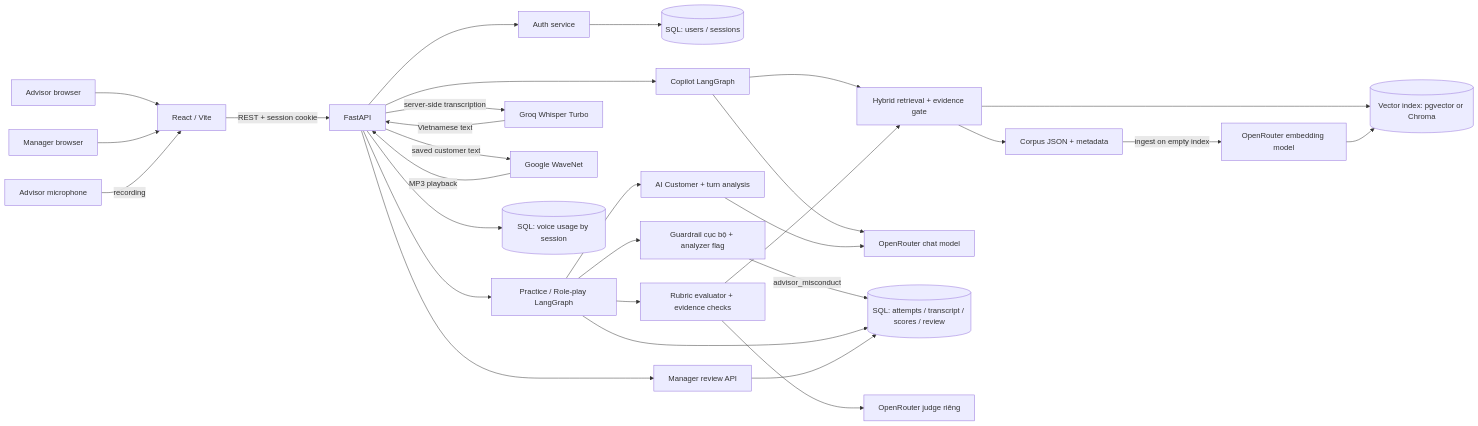
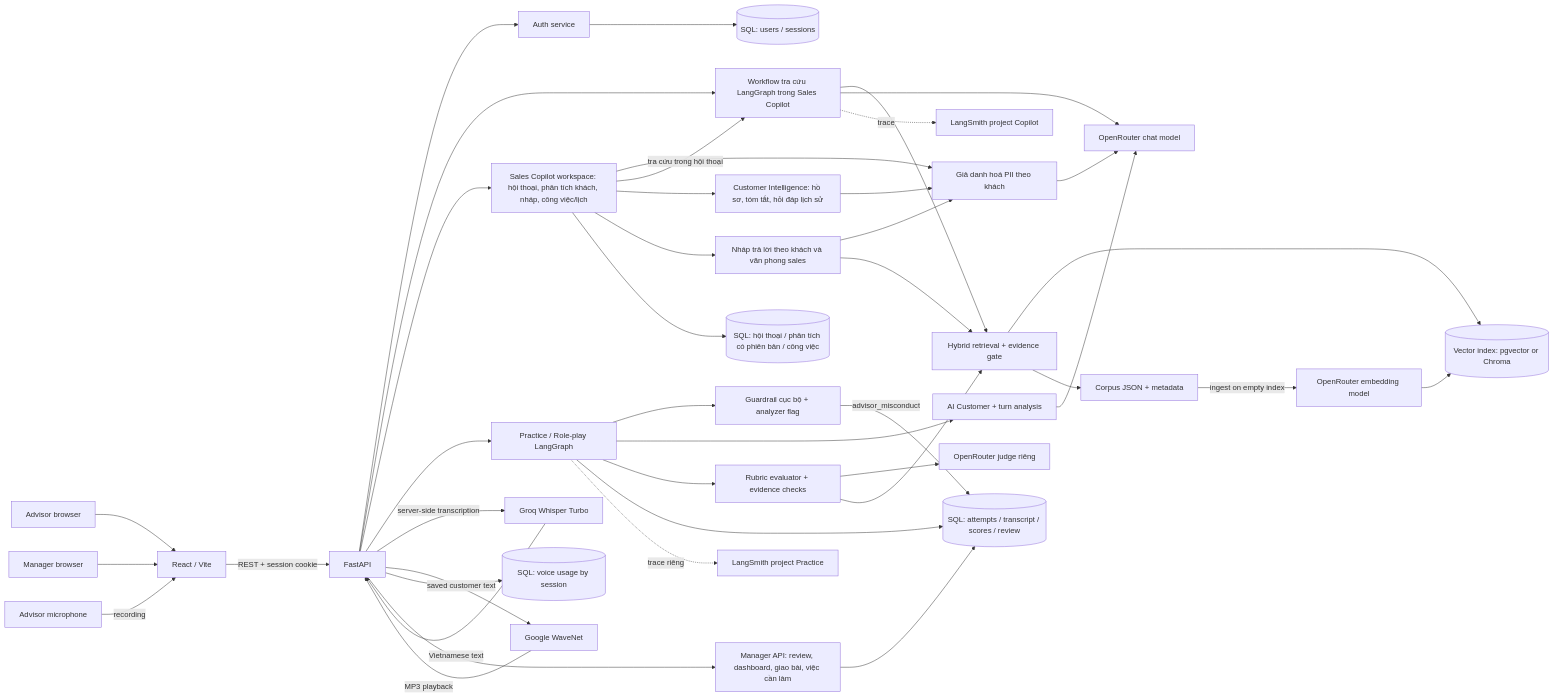
One commit to AnCoder1310/AI-Sale changed the diagram in docs/architecture_diagram.md. Above: the diagram before and after it, drawn with Mermaid. The commit also changed other lines of this file and 3 other files, not shown here.

Commit message:
docs(architecture): describe full sales copilot workspace

````diff
--- a/docs/architecture_diagram.md
+++ b/docs/architecture_diagram.md
@@ -3,32 +3,44 @@
 ```mermaid
 flowchart LR
   A[Advisor browser] --> UI[React / Vite]
   M[Manager browser] --> UI
   UI -->|REST + session cookie| API[FastAPI]
   API --> AUTH[Auth service]
   AUTH --> SQL[(SQL: users / sessions)]
-  API --> CP[Copilot LangGraph]
+  API --> CP[Workflow tra cứu LangGraph trong Sales Copilot]
+  API --> SW[Sales Copilot workspace: hội thoại, phân tích khách, nháp, công việc/lịch]
+  SW --> PII[Giả danh hoá PII theo khách]
+  PII --> CHAT
+  SW -->|tra cứu trong hội thoại| CP
+  SW --> INTEL[Customer Intelligence: hồ sơ, tóm tắt, hỏi đáp lịch sử]
+  INTEL --> PII
+  SW --> DRAFT[Nháp trả lời theo khách và văn phong sales]
+  DRAFT --> PII
+  DRAFT --> RET
+  SW --> SALES[(SQL: hội thoại / phân tích có phiên bản / công việc)]
   CP --> RET[Hybrid retrieval + evidence gate]
   RET --> CH[(Vector index: pgvector or Chroma)]
   RET --> CORPUS[Corpus JSON + metadata]
   CP --> CHAT[OpenRouter chat model]
   API --> RP[Practice / Role-play LangGraph]
   MIC[Advisor microphone] -->|recording| UI
   API -->|server-side transcription| STT[Groq Whisper Turbo]
   STT -->|Vietnamese text| API
   API -->|saved customer text| TTS[Google WaveNet]
   TTS -->|MP3 playback| API
   API --> USAGE[(SQL: voice usage by session)]
   RP --> GUARD[Guardrail cục bộ + analyzer flag]
   GUARD -->|advisor_misconduct| RECORDS
   RP --> CUSTOMER[AI Customer + turn analysis]
   CUSTOMER --> CHAT
   RP --> JUDGE[Rubric evaluator + evidence checks]
   JUDGE --> JMODEL[OpenRouter judge riêng]
   JUDGE --> RET
   RP --> RECORDS[(SQL: attempts / transcript / scores / review)]
-  API --> REVIEW[Manager review API]
+  API --> REVIEW[Manager API: review, dashboard, giao bài, việc cần làm]
   REVIEW --> RECORDS
+  RP -.->|trace riêng| LSR[LangSmith project Practice]
+  CP -.->|trace| LSC[LangSmith project Copilot]
   EMB[OpenRouter embedding model] --> CH
   CORPUS -->|ingest on empty index| EMB
 ```
````
